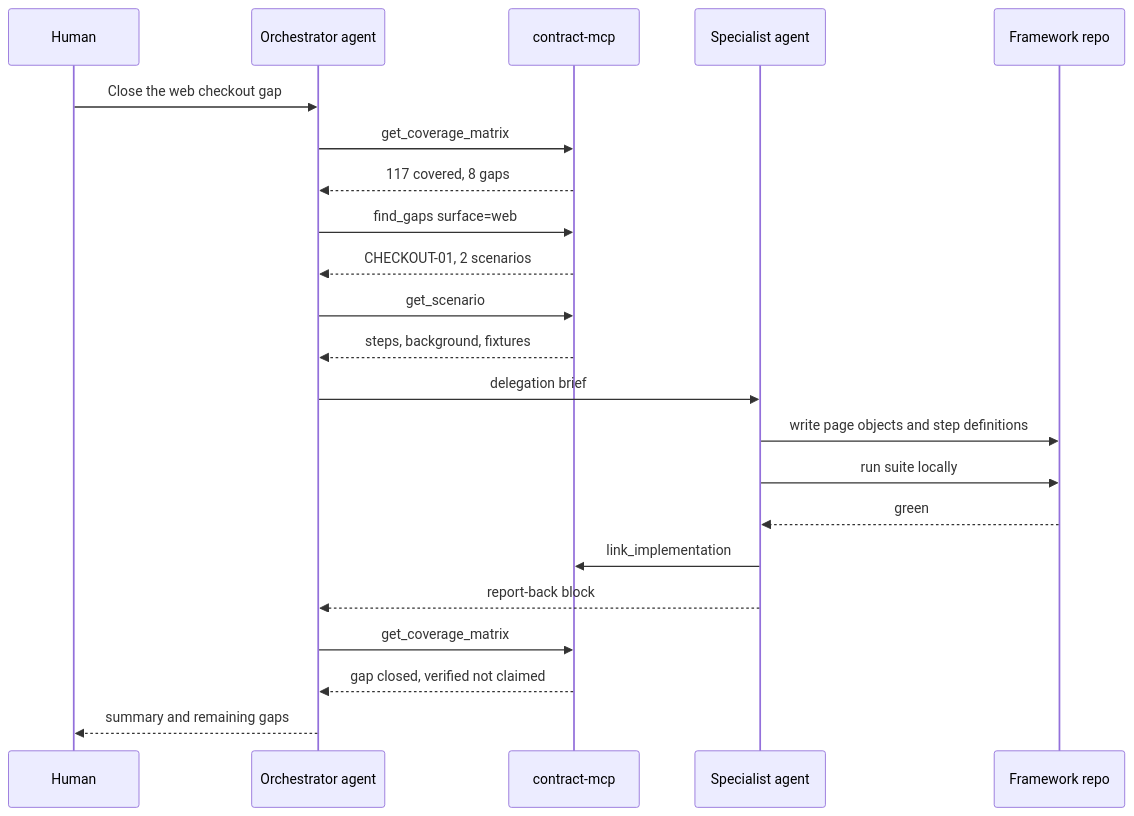
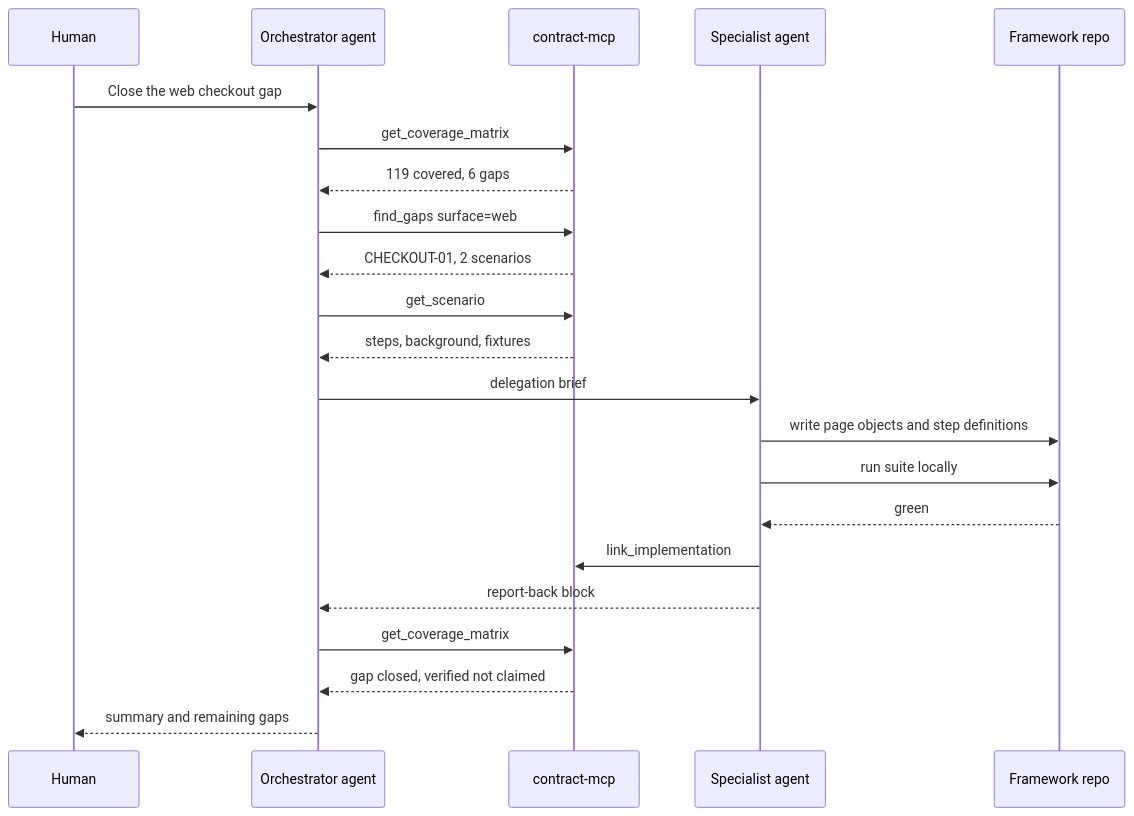
The third of 5 diagrams in shop-qa-orchestrator/docs/shop-qa-handbook.md (chilkuru/shop-qa-agents-workshop), drawn with Mermaid before and after one commit. The commit also changed other lines of this file and 4 other files, not shown here.

````diff
--- a/shop-qa-orchestrator/docs/shop-qa-handbook.md
+++ b/shop-qa-orchestrator/docs/shop-qa-handbook.md
@@ -111,25 +111,25 @@
 ```mermaid
 sequenceDiagram
     participant H as Human
     participant O as Orchestrator agent
     participant C as contract-mcp
     participant S as Specialist agent
     participant F as Framework repo
 
     H->>O: Close the web checkout gap
     O->>C: get_coverage_matrix
-    C-->>O: 117 covered, 8 gaps
+    C-->>O: 119 covered, 6 gaps
     O->>C: find_gaps surface=web
     C-->>O: CHECKOUT-01, 2 scenarios
     O->>C: get_scenario
     C-->>O: steps, background, fixtures
     O->>S: delegation brief
     S->>F: write page objects and step definitions
     S->>F: run suite locally
     F-->>S: green
     S->>C: link_implementation
     S-->>O: report-back block
     O->>C: get_coverage_matrix
     C-->>O: gap closed, verified not claimed
     O-->>H: summary and remaining gaps
 ```
````
